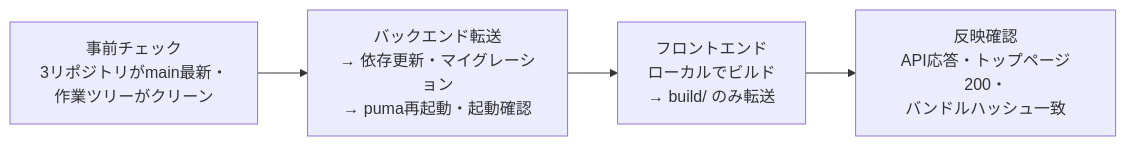
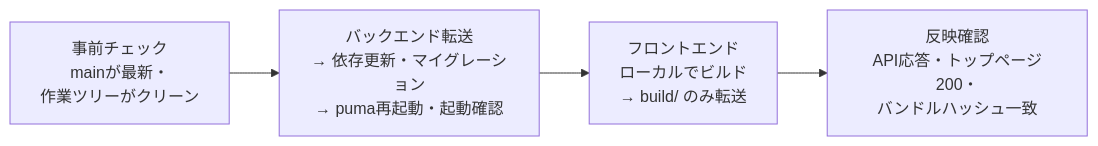
One commit to shin4488/financial-statement changed the third of 3 diagrams in docs/guide/06_development_operations.md. Above: the diagram before and after it, drawn with Mermaid. The commit also changed 6 other files, not shown here.

````diff
--- a/docs/guide/06_development_operations.md
+++ b/docs/guide/06_development_operations.md
@@ -75,6 +75,6 @@
 ```mermaid
 flowchart LR
-    Check["事前チェック<br>3リポジトリがmain最新・<br>作業ツリーがクリーン"] --> BE["バックエンド転送<br>→ 依存更新・マイグレーション<br>→ puma再起動・起動確認"]
+    Check["事前チェック<br>mainが最新・<br>作業ツリーがクリーン"] --> BE["バックエンド転送<br>→ 依存更新・マイグレーション<br>→ puma再起動・起動確認"]
     BE --> FE["フロントエンド<br>ローカルでビルド<br>→ build/ のみ転送"]
     FE --> Verify["反映確認<br>API応答・トップページ200・<br>バンドルハッシュ一致"]
 ```
````
